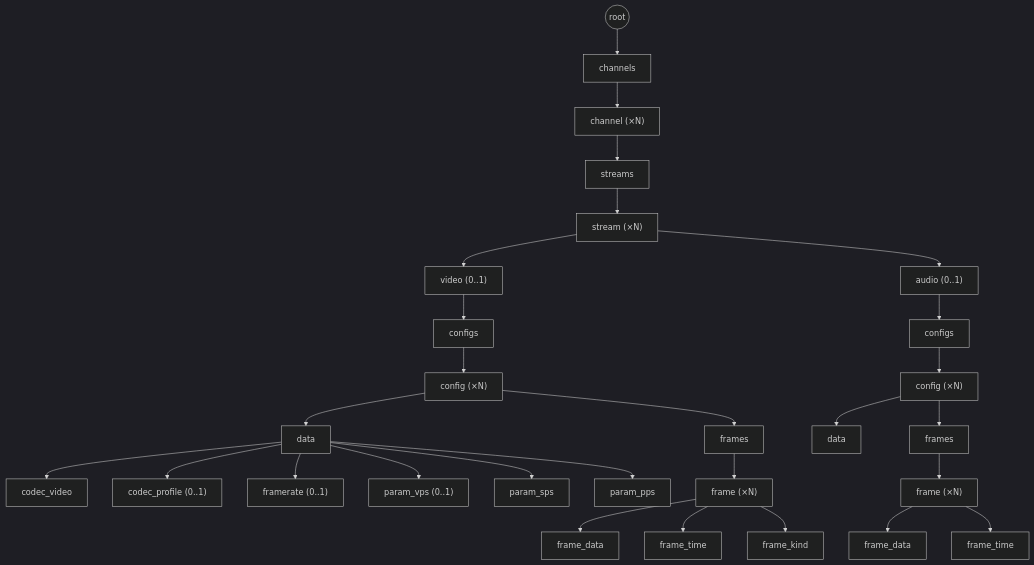
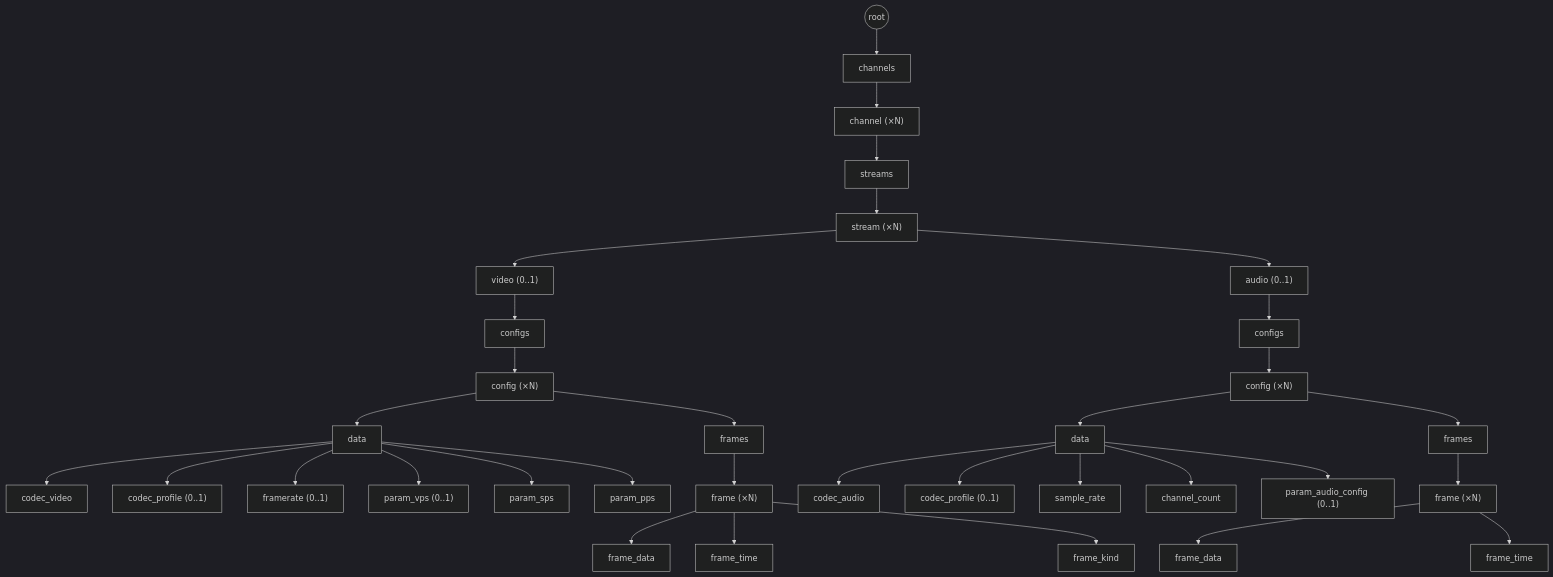
One commit to traycers/farc changed the diagram in docs/docs/archive/07-media-tree.md. Above: the diagram before and after it, drawn with Mermaid (dark theme). The commit also changed other lines of this file, not shown here.

Commit message:
add audio config

````diff
--- a/docs/docs/archive/07-media-tree.md
+++ b/docs/docs/archive/07-media-tree.md
@@ -16,58 +16,68 @@
 ```mermaid
 flowchart TD
     root(("root"))
     channels["channels"]
     channel["channel (×N)"]
     streams["streams"]
     stream["stream (×N)"]
     video["video (0..1)"]
     audio["audio (0..1)"]
 
     vconfigs["configs"]
     vcfg["config (×N)"]
     vdata["data"]
     vcodec["codec_video"]
     vprofile["codec_profile (0..1)"]
     vframerate["framerate (0..1)"]
     vvps["param_vps (0..1)"]
     vsps["param_sps"]
     vpps["param_pps"]
     vframes["frames"]
     vframe["frame (×N)"]
     vfdata["frame_data"]
     vftime["frame_time"]
     vfkind["frame_kind"]
 
     aconfigs["configs"]
     acfg["config (×N)"]
     adata["data"]
+    acodec["codec_audio"]
+    aprofile["codec_profile (0..1)"]
+    asr["sample_rate"]
+    ach["channel_count"]
+    aacfg["param_audio_config (0..1)"]
     aframes["frames"]
     aframe["frame (×N)"]
     afdata["frame_data"]
     aftime["frame_time"]
 
     root --> channels --> channel --> streams --> stream
     stream --> video
     stream --> audio
 
     video --> vconfigs --> vcfg
     vcfg --> vdata
     vdata --> vcodec
     vdata --> vprofile
     vdata --> vframerate
     vdata --> vvps
     vdata --> vsps
     vdata --> vpps
     vcfg --> vframes
     vframes --> vframe
     vframe --> vfdata
     vframe --> vftime
     vframe --> vfkind
 
     audio --> aconfigs --> acfg
     acfg --> adata
+    adata --> acodec
+    adata --> aprofile
+    adata --> asr
+    adata --> ach
+    adata --> aacfg
     acfg --> aframes
     aframes --> aframe
     aframe --> afdata
     aframe --> aftime
 ```
````
